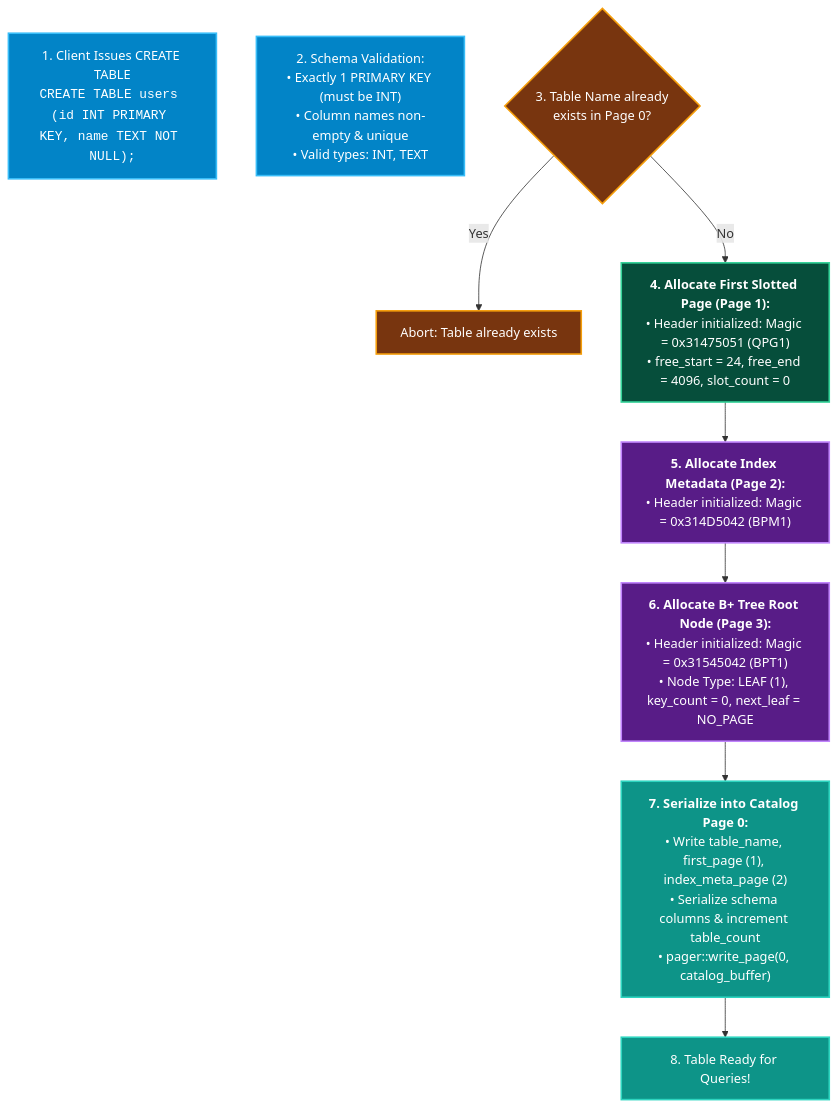
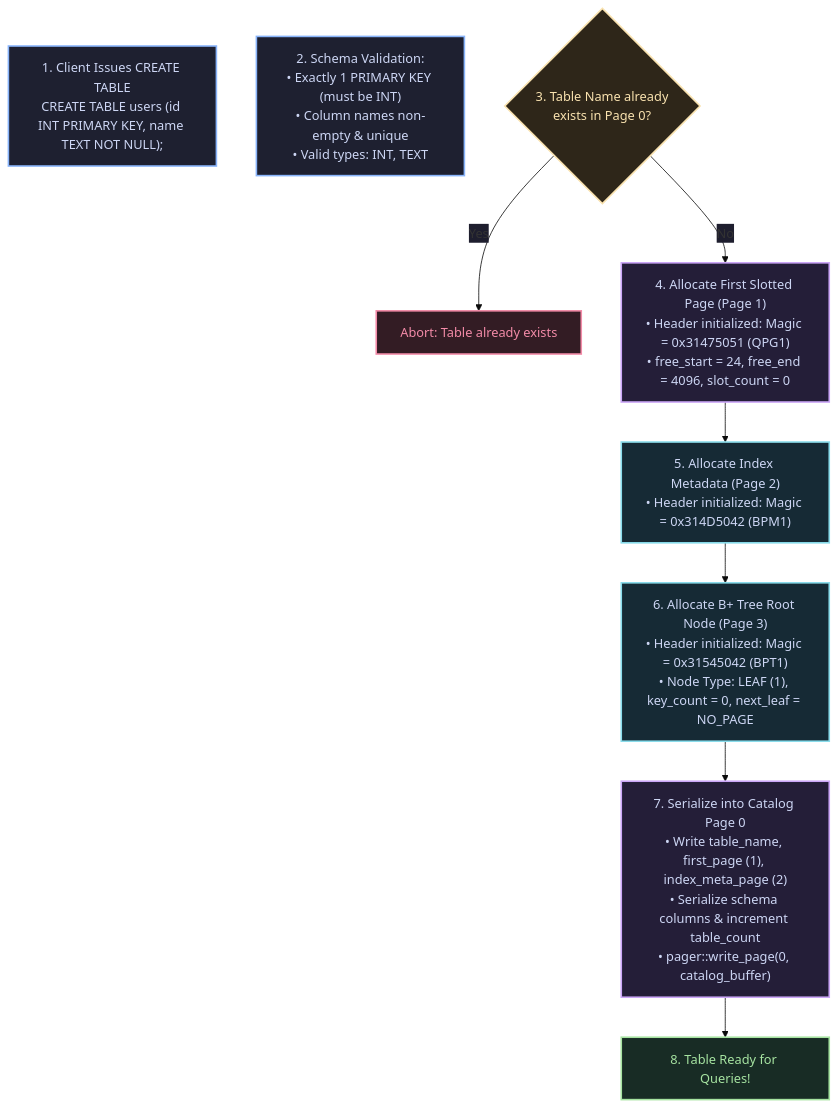
The first of 2 diagrams in docs/sql/statements/create-table.md (KAAZamapiloT/QUARTZ_DB), drawn with Mermaid before and after one commit. The commit also changed 18 other files, not shown here.

````diff
--- a/docs/sql/statements/create-table.md
+++ b/docs/sql/statements/create-table.md
@@ -48,25 +48,26 @@
 ```mermaid
+%%{init: {'theme': 'base', 'themeVariables': {'edgeLabelBackground': '#1e1e2e', 'tertiaryTextColor': '#cdd6f4'}}}%%
 flowchart TD
-    %% Colorful CREATE TABLE flow
-    classDef stepStart fill:#0284c7,stroke:#38bdf8,stroke-width:2px,color:#ffffff;
-    classDef stepCheck fill:#78350f,stroke:#f59e0b,stroke-width:2px,color:#ffffff;
-    classDef stepAlloc fill:#064e3b,stroke:#34d399,stroke-width:2px,color:#ffffff;
-    classDef stepBpt fill:#581c87,stroke:#c084fc,stroke-width:2px,color:#ffffff;
-    classDef stepCat fill:#0d9488,stroke:#2dd4bf,stroke-width:2px,color:#ffffff;
+    classDef entry fill:#1e2030,stroke:#89b4fa,stroke-width:2px,color:#cdd6f4;
+    classDef guard fill:#2e2619,stroke:#f9e2af,stroke-width:2px,color:#f9e2af;
+    classDef success fill:#182c25,stroke:#a6e3a1,stroke-width:2px,color:#a6e3a1;
+    classDef error fill:#331c24,stroke:#f38ba8,stroke-width:2px,color:#f38ba8;
+    classDef disk fill:#241e38,stroke:#cba6f7,stroke-width:2px,color:#cdd6f4;
+    classDef shared fill:#162a35,stroke:#89dceb,stroke-width:2px,color:#cdd6f4;
 
-    Start["1. Client Issues CREATE TABLE<br><code>CREATE TABLE users (id INT PRIMARY KEY, name TEXT NOT NULL);</code>"]:::stepStart
-    ValidateSchema["2. Schema Validation:<br>&bull; Exactly 1 PRIMARY KEY (must be INT)<br>&bull; Column names non-empty &amp; unique<br>&bull; Valid types: INT, TEXT"]:::stepStart
+    Start["1. Client Issues CREATE TABLE<br/>CREATE TABLE users (id INT PRIMARY KEY, name TEXT NOT NULL);"]:::entry
+    ValidateSchema["2. Schema Validation:<br/>&bull; Exactly 1 PRIMARY KEY (must be INT)<br/>&bull; Column names non-empty &amp; unique<br/>&bull; Valid types: INT, TEXT"]:::entry
 
-    CheckCatalog{"3. Table Name already<br>exists in Page 0?"}:::stepCheck
-    CheckCatalog -- "Yes" --> AbortDup["Abort: Table already exists"]:::stepCheck
+    CheckCatalog{"3. Table Name already<br/>exists in Page 0?"}:::guard
+    CheckCatalog -- "Yes" --> AbortDup["Abort: Table already exists"]:::error
 
-    CheckCatalog -- "No" --> AllocDataPage["<b>4. Allocate First Slotted Page (Page 1):</b><br>&bull; Header initialized: Magic = 0x31475051 (QPG1)<br>&bull; free_start = 24, free_end = 4096, slot_count = 0"]:::stepAlloc
+    CheckCatalog -- "No" --> AllocDataPage["4. Allocate First Slotted Page (Page 1)<br/>&bull; Header initialized: Magic = 0x31475051 (QPG1)<br/>&bull; free_start = 24, free_end = 4096, slot_count = 0"]:::disk
 
-    AllocDataPage --> AllocMetaPage["<b>5. Allocate Index Metadata (Page 2):</b><br>&bull; Header initialized: Magic = 0x314D5042 (BPM1)"]:::stepBpt
+    AllocDataPage --> AllocMetaPage["5. Allocate Index Metadata (Page 2)<br/>&bull; Header initialized: Magic = 0x314D5042 (BPM1)"]:::shared
 
-    AllocMetaPage --> AllocBptRoot["<b>6. Allocate B+ Tree Root Node (Page 3):</b><br>&bull; Header initialized: Magic = 0x31545042 (BPT1)<br>&bull; Node Type: LEAF (1), key_count = 0, next_leaf = NO_PAGE"]:::stepBpt
+    AllocMetaPage --> AllocBptRoot["6. Allocate B+ Tree Root Node (Page 3)<br/>&bull; Header initialized: Magic = 0x31545042 (BPT1)<br/>&bull; Node Type: LEAF (1), key_count = 0, next_leaf = NO_PAGE"]:::shared
 
-    AllocBptRoot --> WriteCatalog["<b>7. Serialize into Catalog Page 0:</b><br>&bull; Write table_name, first_page (1), index_meta_page (2)<br>&bull; Serialize schema columns &amp; increment table_count<br>&bull; pager::write_page(0, catalog_buffer)"]:::stepCat
+    AllocBptRoot --> WriteCatalog["7. Serialize into Catalog Page 0<br/>&bull; Write table_name, first_page (1), index_meta_page (2)<br/>&bull; Serialize schema columns &amp; increment table_count<br/>&bull; pager::write_page(0, catalog_buffer)"]:::disk
 
-    WriteCatalog --> SuccessDone["8. Table Ready for Queries!"]:::stepCat
+    WriteCatalog --> SuccessDone["8. Table Ready for Queries!"]:::success
 ```
````
